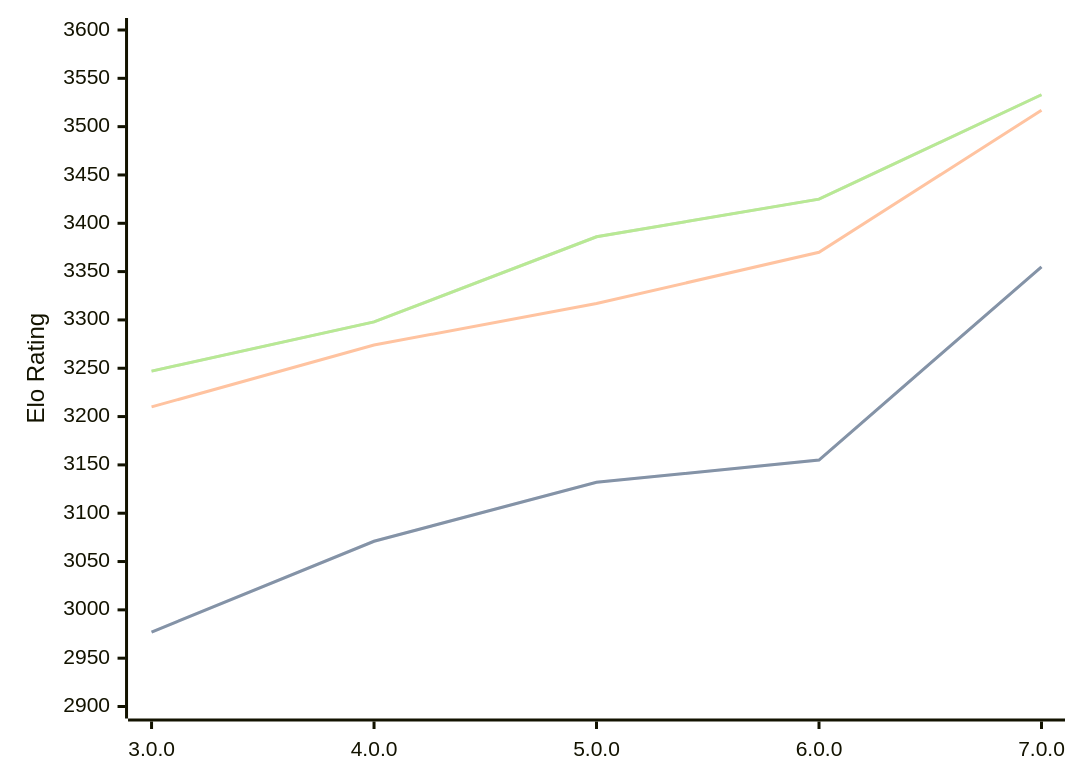
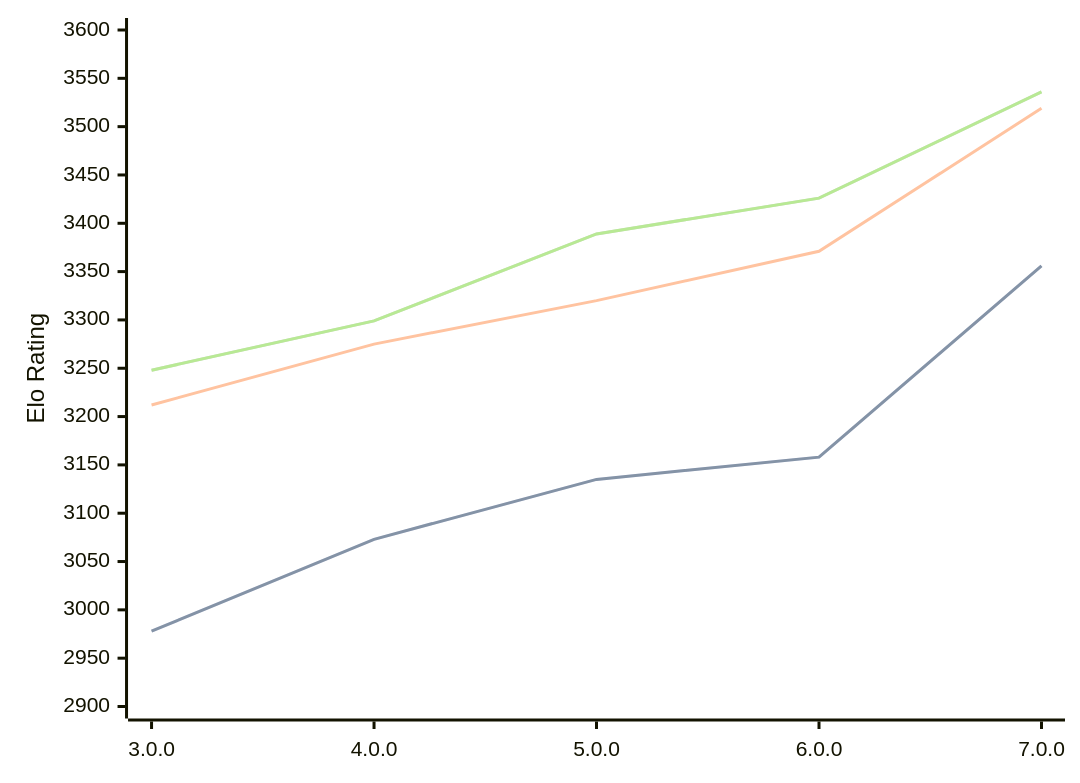
One commit to computer-chess-index/cci changed the diagram in engines/Minke.md. Above: the diagram before and after it, drawn with Mermaid. The commit also changed other lines of this file, not shown here.

Commit message:
Update CCI Ratings (ELO VLTC) - 2026-09-01

````diff
--- a/engines/Minke.md
+++ b/engines/Minke.md
@@ -35,11 +35,11 @@
 ```mermaid
 %%{init: {"theme":"base","themeVariables":{"seriesColors:['#a3a3a3','#222221','#faa371']}}}%%
 xychart-beta
   x-axis ["3.0.0", "4.0.0", "5.0.0", "6.0.0", "7.0.0"]
   y-axis "Elo Rating" 2900 --> 3600
-  line "" [2977, 3071, 3132, 3155, 3355]
-  line "STC (8.0+0.08s)" [2977, 3071, 3132, 3155, 3355]
-  line "LTC (60.0+0.60s)" [3210, 3274, 3317, 3370, 3517]
-  line "" [3247, 3298, 3386, 3425, 3533]
-  line "VLTC (2m24s+1.12s)" [3247, 3298, 3386, 3425, 3533]
+  line "" [2978, 3073, 3135, 3158, 3356]
+  line "STC (8.0+0.08s)" [2978, 3073, 3135, 3158, 3356]
+  line "LTC (60.0+0.60s)" [3212, 3275, 3320, 3371, 3519]
+  line "" [3248, 3299, 3389, 3426, 3536]
+  line "VLTC (2m24s+1.12s)" [3248, 3299, 3389, 3426, 3536]
 ```
````
